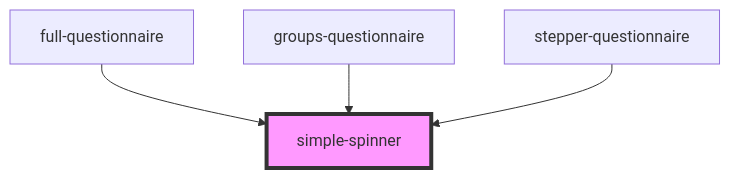
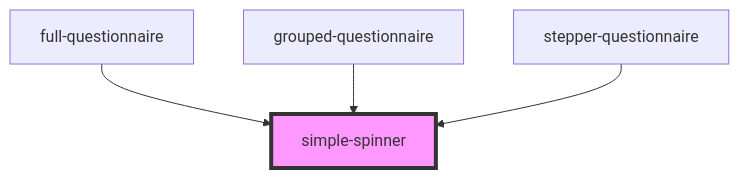
One commit to molit-institute/questionnaire-renderer changed the diagram in src/components/ui/simple-spinner/readme.md. Above: the diagram before and after it, drawn with Mermaid. The commit also changed other lines of this file and 9 other files, not shown here.

Commit message:
grouped-questionnaire render bug fixed

````diff
--- a/src/components/ui/simple-spinner/readme.md
+++ b/src/components/ui/simple-spinner/readme.md
@@ -25,7 +25,7 @@
 ```mermaid
 graph TD;
   full-questionnaire --> simple-spinner
-  groups-questionnaire --> simple-spinner
+  grouped-questionnaire --> simple-spinner
   stepper-questionnaire --> simple-spinner
   style simple-spinner fill:#f9f,stroke:#333,stroke-width:4px
 ```
````
